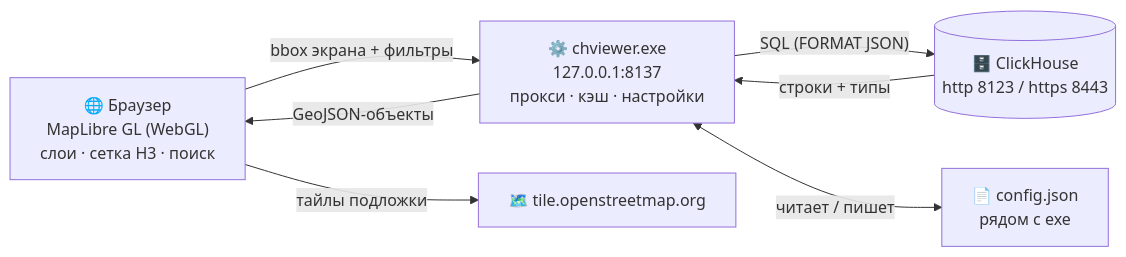
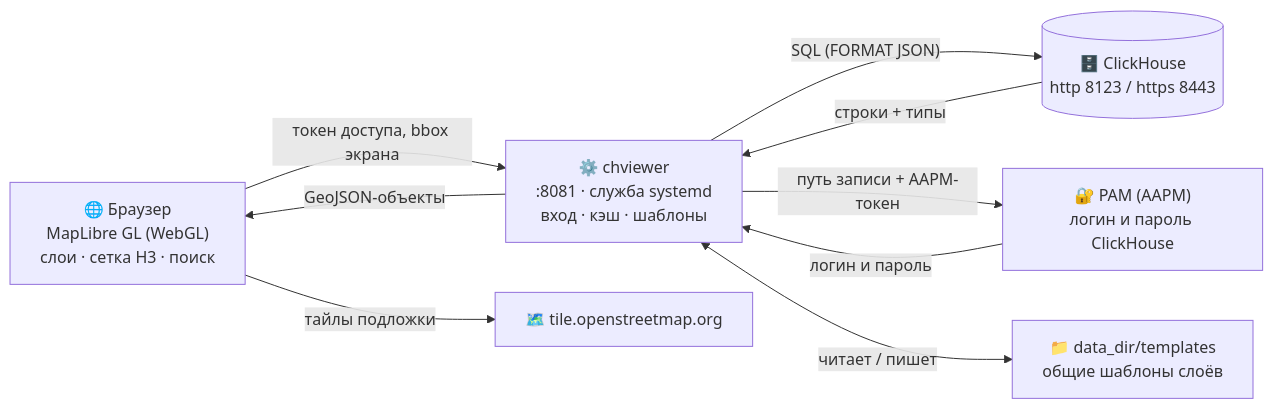
One commit to akprof2000/ClickHouse-Show-Polygons changed the second of 8 diagrams in README.md. Above: the diagram before and after it, drawn with Mermaid. The commit also changed other lines of this file and 21 other files, not shown here.

First line of the commit message:
Серверный режим: PAM, вход по токену, общие шаблоны, версия 2.0.0

````diff
--- a/README.md
+++ b/README.md
@@ -112,15 +220,18 @@
 ```mermaid
 flowchart LR
     B["🌐 Браузер<br/>MapLibre GL (WebGL)<br/>слои · сетка H3 · поиск"]
-    E["⚙️ chviewer.exe<br/>127.0.0.1:8137<br/>прокси · кэш · настройки"]
+    E["⚙️ chviewer<br/>:8081 · служба systemd<br/>вход · кэш · шаблоны"]
     CH[("🗄️ ClickHouse<br/>http 8123 / https 8443")]
-    C["📄 config.json<br/>рядом с exe"]
+    P["🔐 PAM (AAPM)<br/>логин и пароль ClickHouse"]
+    T["📁 data_dir/templates<br/>общие шаблоны слоёв"]
     OSM["🗺️ tile.openstreetmap.org"]
 
-    B -- "bbox экрана + фильтры" --> E
+    B -- "токен доступа, bbox экрана" --> E
     E -- "GeoJSON-объекты" --> B
     E -- "SQL (FORMAT JSON)" --> CH
     CH -- "строки + типы" --> E
-    E <-- "читает / пишет" --> C
+    E -- "путь записи + AAPM-токен" --> P
+    P -- "логин и пароль" --> E
+    E <-- "читает / пишет" --> T
     B -- "тайлы подложки" --> OSM
 ```
````
